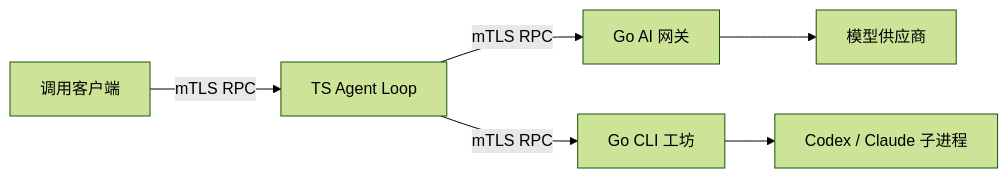
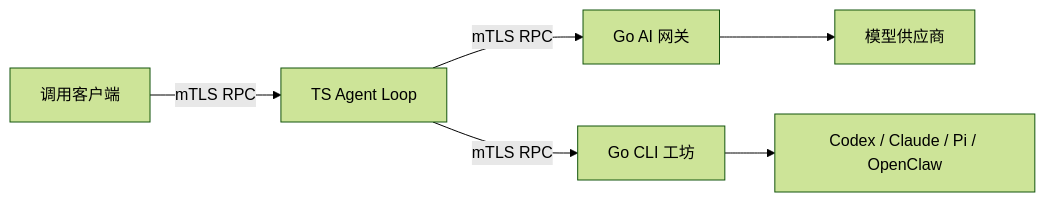
The diagram in services/README.md (RichZDS/easygo_agent), drawn with Mermaid (forest theme) before and after one commit. The commit also changed other lines of this file and 52 other files, not shown here.

````diff
--- a/services/README.md
+++ b/services/README.md
@@ -13,8 +13,8 @@
 ```mermaid
 flowchart LR
   C[调用客户端] -->|mTLS RPC| L[TS Agent Loop]
   L -->|mTLS RPC| G[Go AI 网关]
   L -->|mTLS RPC| W[Go CLI 工坊]
   G --> P[模型供应商]
-  W --> E[Codex / Claude 子进程]
+  W --> E[Codex / Claude / Pi / OpenClaw]
 ```
````
